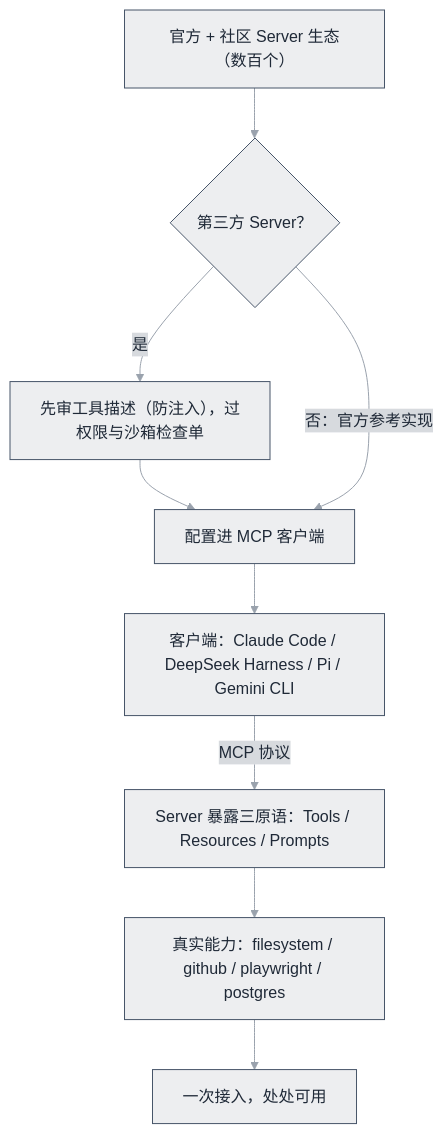
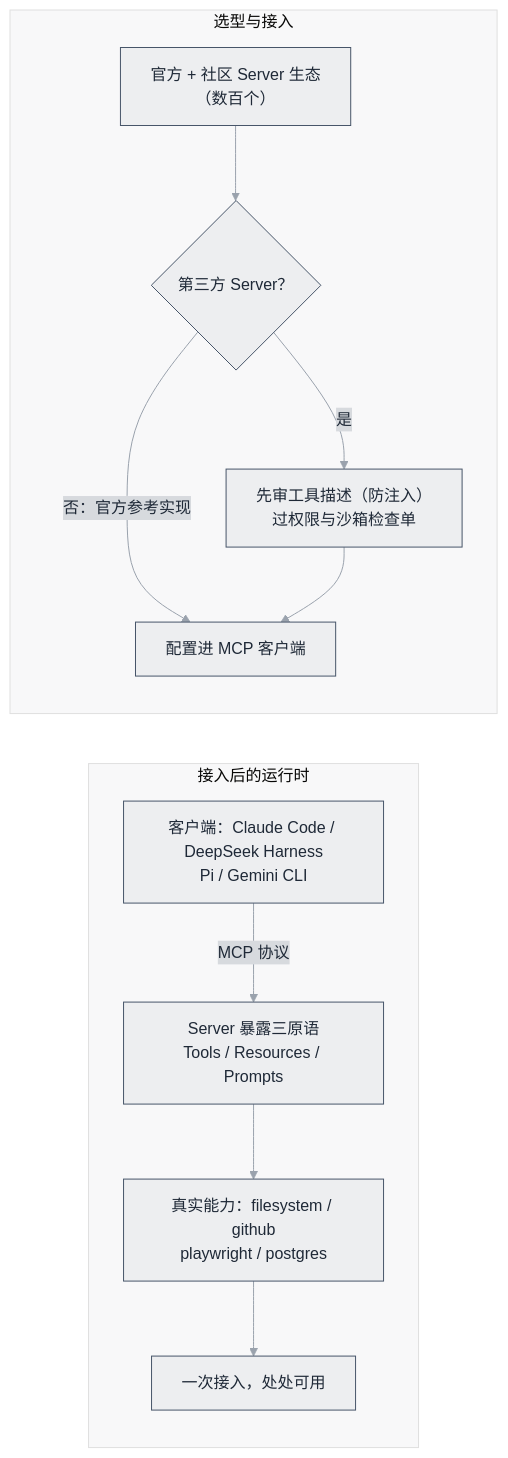
One commit to funny8kids/ai-agent-handbook changed the diagram in docs/13-resources/tools/mcp-servers.md. Above: the diagram before and after it, drawn with Mermaid. The commit also changed other lines of this file and 45 other files, not shown here.

First line of the commit message:
Thicken 12 thin pages, clear 25 over-width diagrams, re-proportion 10 thin-ribbon diagrams

````diff
--- a/docs/13-resources/tools/mcp-servers.md
+++ b/docs/13-resources/tools/mcp-servers.md
@@ -38,12 +38,15 @@
 ```mermaid
 %%{init: {"theme":"base","themeVariables":{"primaryColor":"#EDEEF0","primaryBorderColor":"#475569","primaryTextColor":"#1F2937","secondaryColor":"#D7DADE","tertiaryColor":"#F8F8F9","lineColor":"#9AA2AD","actorBkg":"#F0F1F3","actorBorder":"#475569","actorTextColor":"#1F2937","signalColor":"#7E8896","noteBkgColor":"#DEE0E4","noteBorderColor":"#475569","noteTextColor":"#1F2937","labelBoxBkgColor":"#EDEEF0","labelBoxBorderColor":"#475569"}}}%%
-flowchart TD
-    MKT["官方 + 社区 Server 生态（数百个）"] --> G{"第三方 Server？"}
-    G -->|"是"| V["先审工具描述（防注入），过权限与沙箱检查单"]
-    V --> CFG["配置进 MCP 客户端"]
-    G -->|"否：官方参考实现"| CFG
-    CFG --> C["客户端：Claude Code / DeepSeek Harness / Pi / Gemini CLI"]
-    C -->|"MCP 协议"| Srv["Server 暴露三原语：Tools / Resources / Prompts"]
-    Srv --> B["真实能力：filesystem / github / playwright / postgres"]
+flowchart LR
+  subgraph RUN["接入后的运行时"]
+    C["客户端：Claude Code / DeepSeek Harness<br/>Pi / Gemini CLI"] -->|"MCP 协议"| Srv["Server 暴露三原语<br/>Tools / Resources / Prompts"]
+    Srv --> B["真实能力：filesystem / github<br/>playwright / postgres"]
     B --> R["一次接入，处处可用"]
+  end
+  subgraph PICK["选型与接入"]
+    MKT["官方 + 社区 Server 生态<br/>（数百个）"] --> G{"第三方 Server？"}
+    G -->|"是"| V["先审工具描述（防注入）<br/>过权限与沙箱检查单"]
+    G -->|"否：官方参考实现"| CFG["配置进 MCP 客户端"]
+    V --> CFG
+  end
 ```
````
